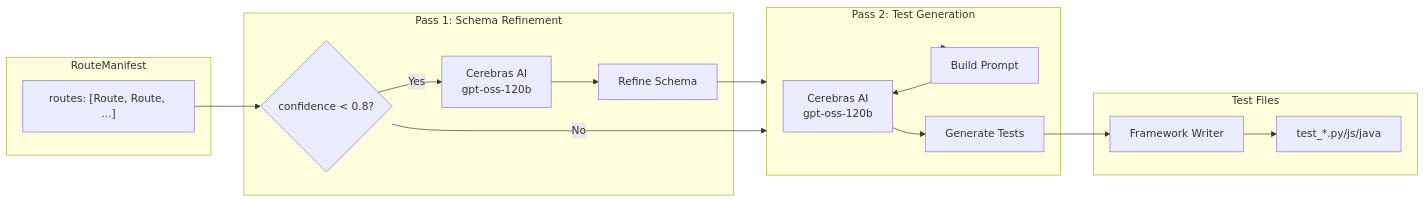
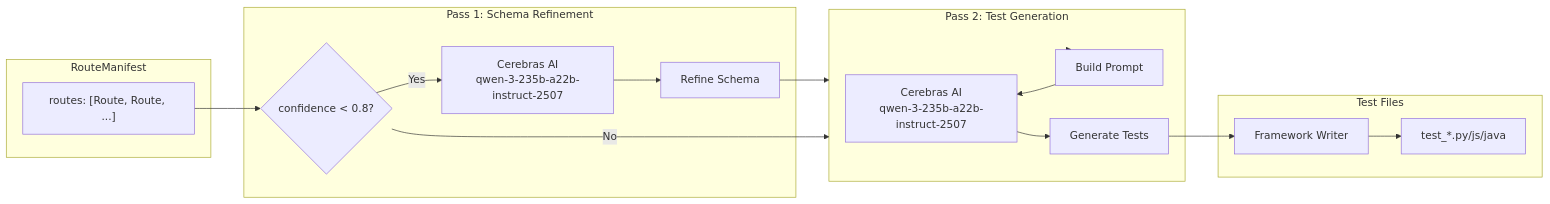
One commit to chirag127/apisnap changed the diagram in docs/diagrams/diagram_05_ai_pipeline.md. Above: the diagram before and after it, drawn with Mermaid. The commit also changed other lines of this file and 11 other files, not shown here.

````diff
--- a/docs/diagrams/diagram_05_ai_pipeline.md
+++ b/docs/diagrams/diagram_05_ai_pipeline.md
@@ -7,34 +7,34 @@
 ```mermaid
 flowchart LR
     subgraph Input["RouteManifest"]
         RM["routes: [Route, Route, ...]"]
     end
 
     subgraph Pass1["Pass 1: Schema Refinement"]
         CC{"confidence < 0.8?"}
-        AI1["Cerebras AI<br/>gpt-oss-120b"]
+        AI1["Cerebras AI<br/>qwen-3-235b-a22b-instruct-2507"]
         Refine["Refine Schema"]
     end
 
     subgraph Pass2["Pass 2: Test Generation"]
-        AI2["Cerebras AI<br/>gpt-oss-120b"]
+        AI2["Cerebras AI<br/>qwen-3-235b-a22b-instruct-2507"]
         Prompt["Build Prompt"]
         Gen["Generate Tests"]
     end
 
     subgraph Output["Test Files"]
         TW["Framework Writer"]
         TF["test_*.py/js/java"]
     end
 
     RM --> CC
     CC -->|Yes| AI1
     AI1 --> Refine
     Refine --> Pass2
     CC -->|"No"| Pass2
     Pass2 --> Prompt
     Prompt --> AI2
     AI2 --> Gen
     Gen --> TW
     TW --> TF
 ```
````
